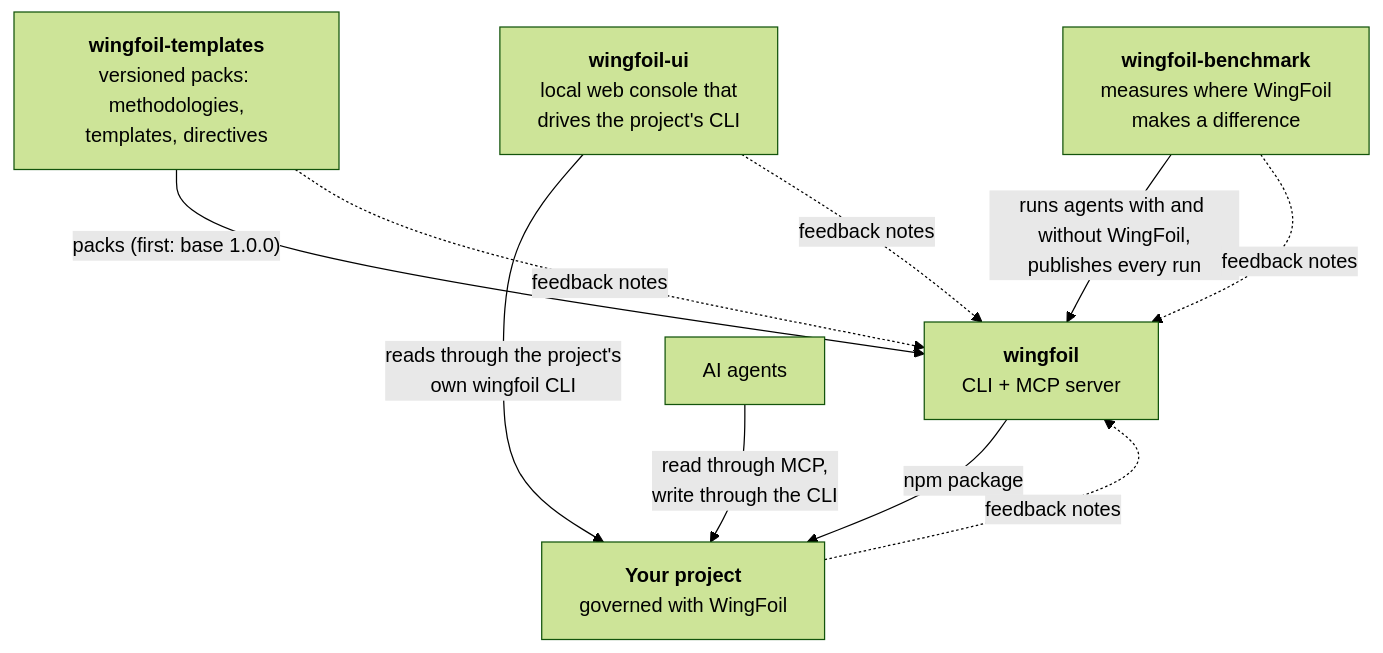
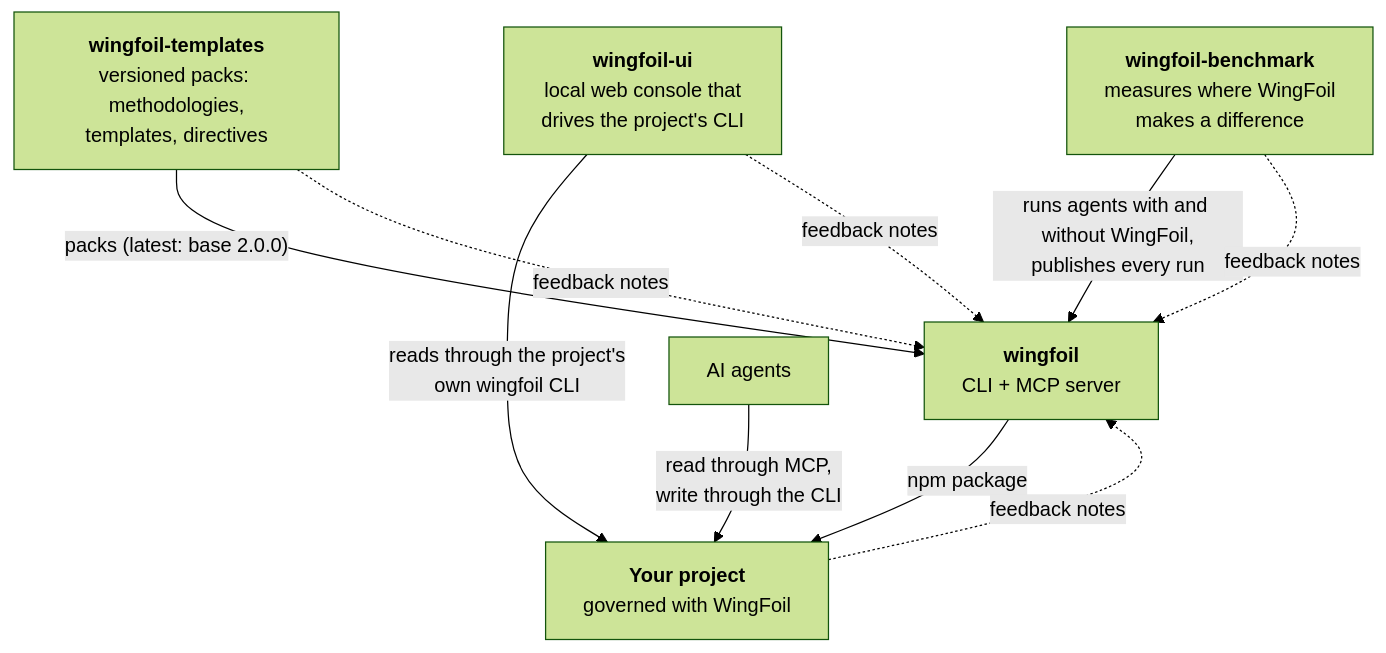
The diagram in docs/ecosystem.md (wingfoil/.github), drawn with Mermaid (forest theme) before and after one commit. The commit also changed other lines of this file and 4 other files, not shown here.

````diff
--- a/docs/ecosystem.md
+++ b/docs/ecosystem.md
@@ -6,19 +6,19 @@
 ```mermaid
 flowchart TB
     T["<b>wingfoil-templates</b><br/>versioned packs: methodologies,<br/>templates, directives"]
     W["<b>wingfoil</b><br/>CLI + MCP server"]
     U["<b>wingfoil-ui</b><br/>local web console that<br/>drives the project's CLI"]
     B["<b>wingfoil-benchmark</b><br/>measures where WingFoil<br/>makes a difference"]
     Y["<b>Your project</b><br/>governed with WingFoil"]
     A["AI agents"]
 
-    T -- "packs (first: base 1.0.0)" --> W
+    T -- "packs (latest: base 2.0.0)" --> W
     W -- "npm package" --> Y
     U -- "reads through the project's<br/>own wingfoil CLI" --> Y
     A -- "read through MCP,<br/>write through the CLI" --> Y
     B -- "runs agents with and without WingFoil,<br/>publishes every run" --> W
     T -. "feedback notes" .-> W
     B -. "feedback notes" .-> W
     U -. "feedback notes" .-> W
     Y -. "feedback notes" .-> W
 ```
````
